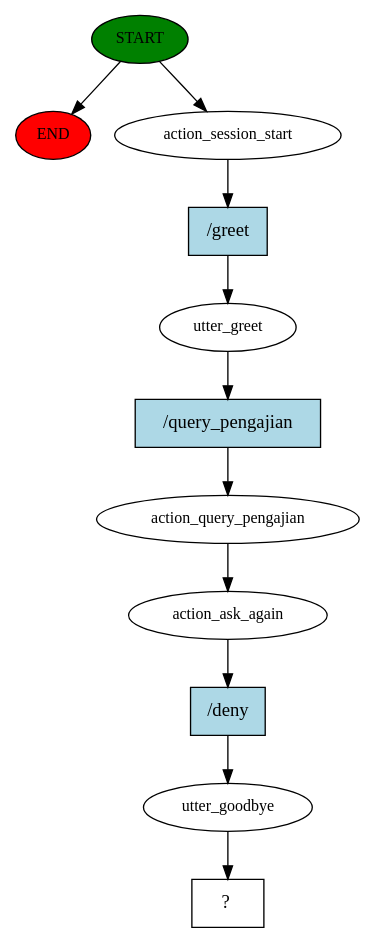
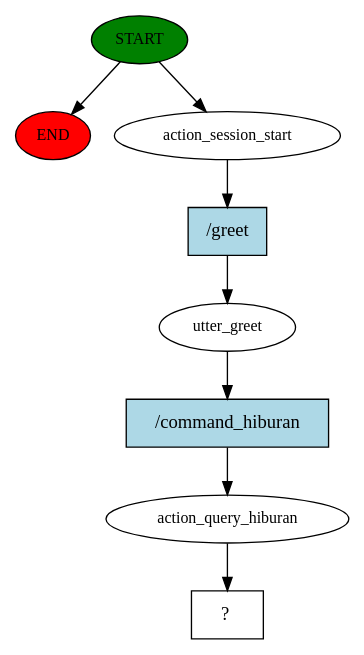
The diagram in story_graph.dot (nantalira/Elder-Companion-Robot), drawn with Graphviz before and after one commit. The commit also changed 77 other files, not shown here.

```diff
--- a/story_graph.dot
+++ b/story_graph.dot
@@ -1,23 +1,17 @@
 digraph  {
 0 [class="start active", fillcolor=green, fontsize=12, label=START, style=filled];
 "-1" [class=end, fillcolor=red, fontsize=12, label=END, style=filled];
 1 [class=active, fontsize=12, label=action_session_start];
 2 [class=active, fontsize=12, label=utter_greet];
-3 [class=active, fontsize=12, label=action_query_pengajian];
-4 [class=active, fontsize=12, label=action_ask_again];
-5 [class=active, fontsize=12, label=utter_goodbye];
-6 [class="intent dashed active", label="  ?  ", shape=rect];
-7 [class="intent active", fillcolor=lightblue, label="/greet", shape=rect, style=filled];
-8 [class="intent active", fillcolor=lightblue, label="/query_pengajian", shape=rect, style=filled];
-9 [class="intent active", fillcolor=lightblue, label="/deny", shape=rect, style=filled];
+3 [class=active, fontsize=12, label=action_query_hiburan];
+4 [class="intent dashed active", label="  ?  ", shape=rect];
+5 [class="intent active", fillcolor=lightblue, label="/greet", shape=rect, style=filled];
+6 [class="intent active", fillcolor=lightblue, label="/command_hiburan", shape=rect, style=filled];
 0 -> "-1"  [class="", key=NONE, label=""];
 0 -> 1  [class=active, key=NONE, label=""];
-1 -> 7  [class=active, key=0];
-2 -> 8  [class=active, key=0];
+1 -> 5  [class=active, key=0];
+2 -> 6  [class=active, key=0];
 3 -> 4  [class=active, key=NONE, label=""];
-4 -> 9  [class=active, key=0];
-5 -> 6  [class=active, key=NONE, label=""];
-7 -> 2  [class=active, key=0];
-8 -> 3  [class=active, key=0];
-9 -> 5  [class=active, key=0];
+5 -> 2  [class=active, key=0];
+6 -> 3  [class=active, key=0];
 }
```
